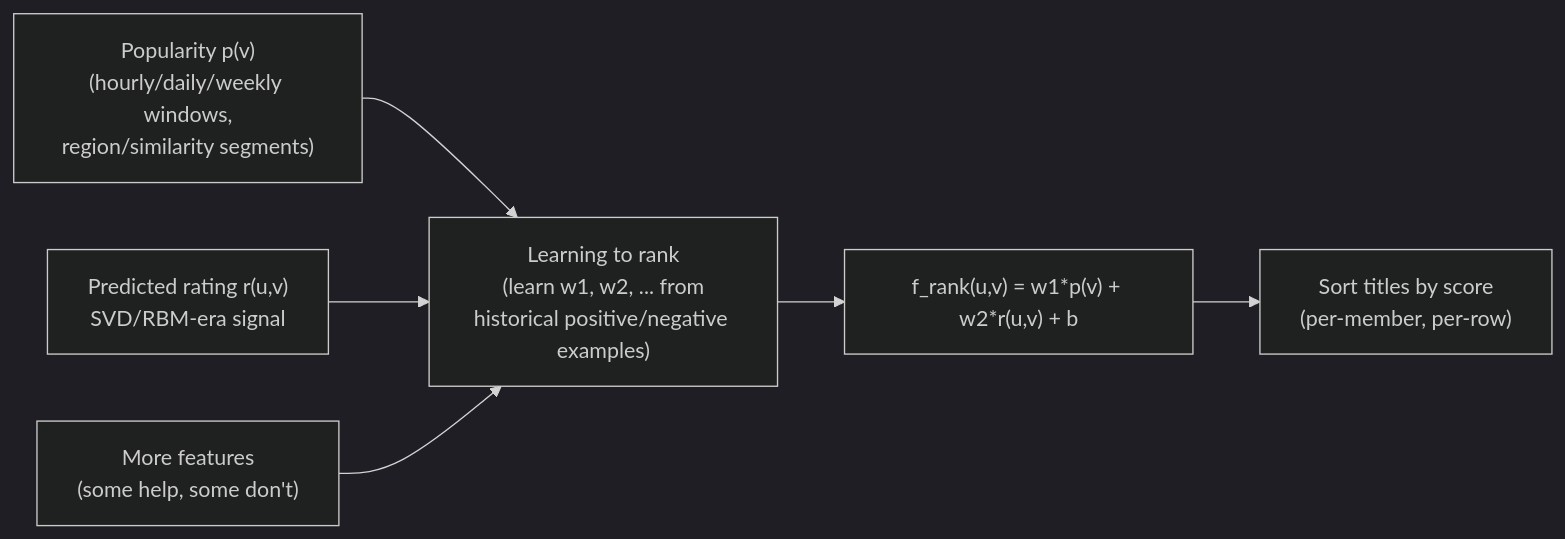
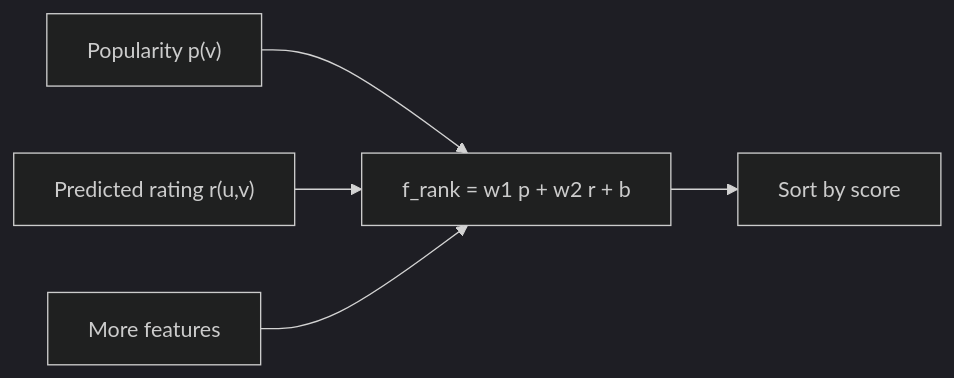
The first of 2 diagrams in case-studies/netflix-feed-ranking/README.md (romancobblepot/AI-system-design-primer), drawn with Mermaid (dark theme) before and after one commit. The commit also changed other lines of this file and 49 other files, not shown here.

````diff
--- a/case-studies/netflix-feed-ranking/README.md
+++ b/case-studies/netflix-feed-ranking/README.md
@@ -154,8 +185,7 @@
 ```mermaid
 flowchart LR
-    POP["Popularity p(v)\n(hourly/daily/weekly windows,\nregion/similarity segments)"] --> COMB
-    RAT["Predicted rating r(u,v)\nSVD/RBM-era signal"] --> COMB
-    MORE["More features\n(some help, some don't)"] --> COMB
-    COMB["Learning to rank\n(learn w1, w2, ... from\nhistorical positive/negative examples)"] --> FRANK["f_rank(u,v) = w1*p(v) + w2*r(u,v) + b"]
-    FRANK --> SORTSTEP["Sort titles by score\n(per-member, per-row)"]
+    POP["Popularity p(v)"] --> F["f_rank = w1 p + w2 r + b"]
+    RAT["Predicted rating r(u,v)"] --> F
+    MORE["More features"] --> F
+    F --> SORT["Sort by score"]
 ```
````
